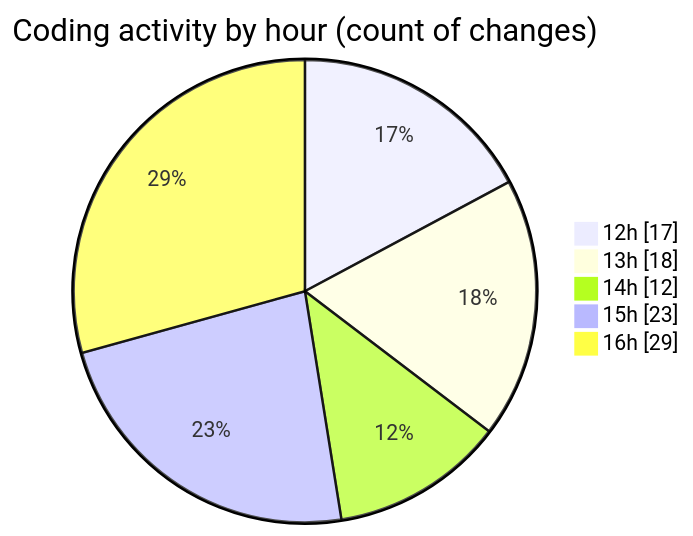
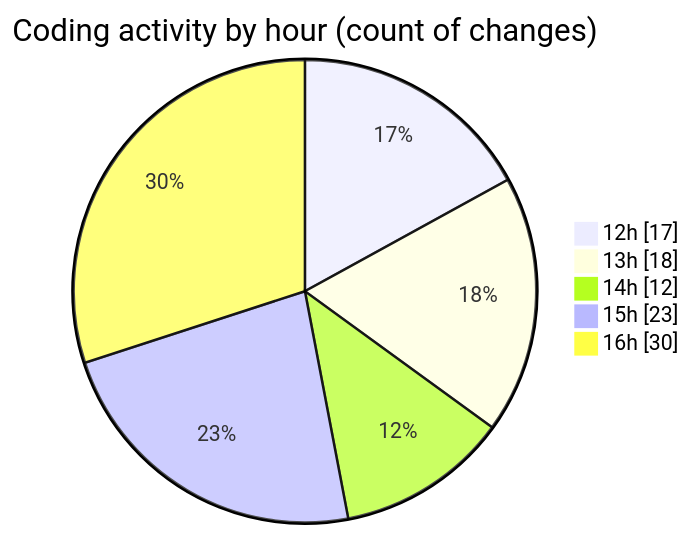
One commit to CELIANVF/code-tracking changed the second of 2 diagrams in 2025-06-01/video_app/README.md. Above: the diagram before and after it, drawn with Mermaid. The commit also changed other lines of this file and 1 other file, not shown here.

````diff
--- a/2025-06-01/video_app/README.md
+++ b/2025-06-01/video_app/README.md
@@ -38,9 +38,9 @@
 ```mermaid
 pie showData
 title Coding activity by hour (count of changes)
 "12h" : 17
 "13h" : 18
 "14h" : 12
 "15h" : 23
-"16h" : 29
+"16h" : 30
 ```
````
